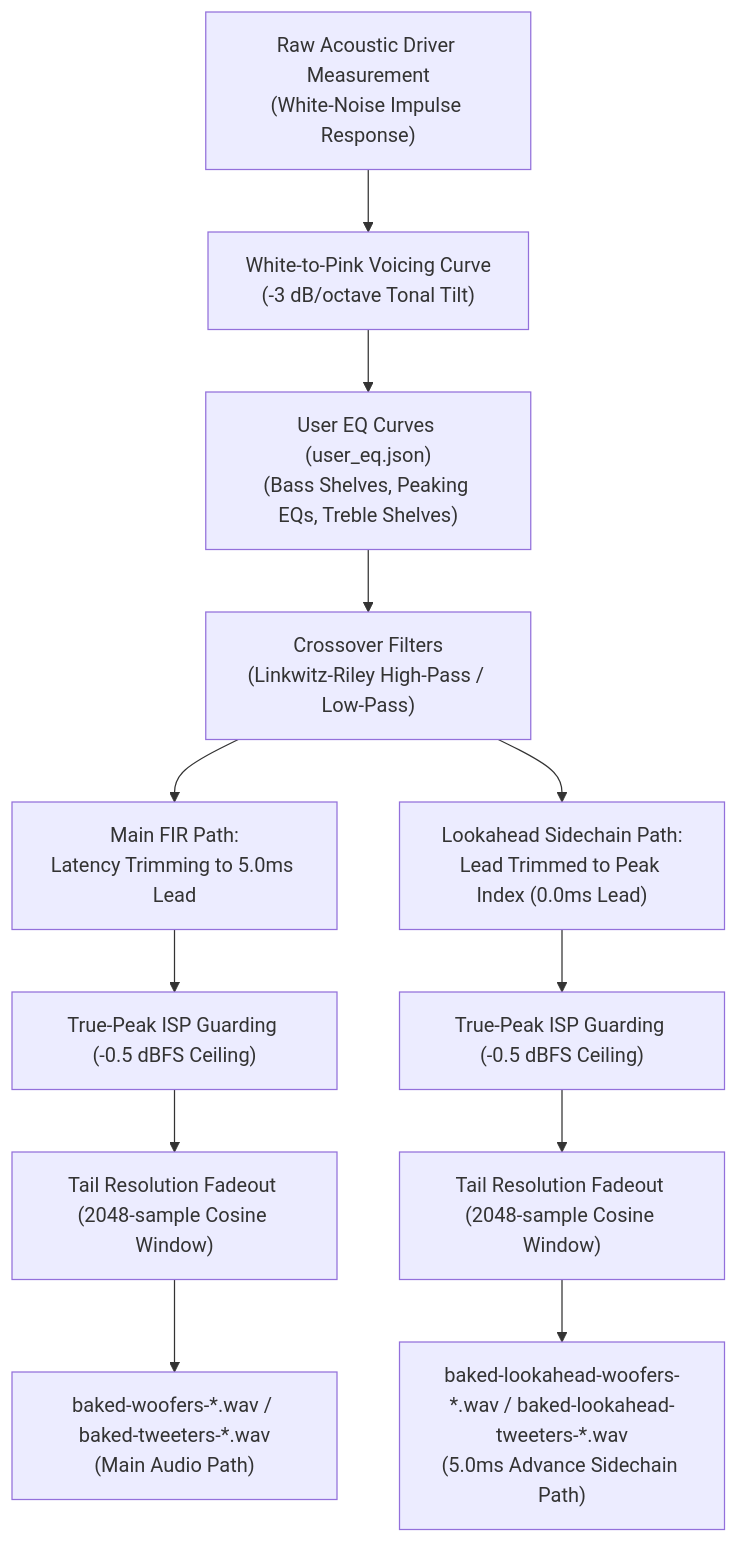
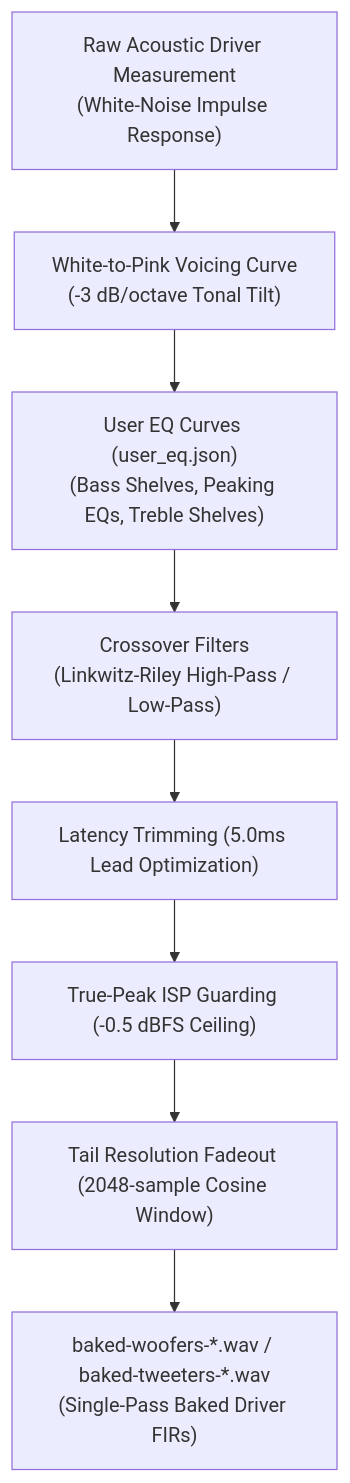
The second of 2 diagrams in ARCHITECTURE.md (mynameisdeleted/mbp15-1-audio-dsp), drawn with Mermaid before and after one commit. The commit also changed other lines of this file and 1 other file, not shown here.

Commit message:
refactor: simplify FIR baking to lean 4-channel post-convolver limiting and update ARCHITECTURE.md

````diff
--- a/ARCHITECTURE.md
+++ b/ARCHITECTURE.md
@@ -48,18 +48,10 @@
 ```mermaid
 graph TD
     A["Raw Acoustic Driver Measurement<br/>(White-Noise Impulse Response)"] --> B["White-to-Pink Voicing Curve<br/>(-3 dB/octave Tonal Tilt)"]
     B --> C["User EQ Curves (user_eq.json)<br/>(Bass Shelves, Peaking EQs, Treble Shelves)"]
     C --> D["Crossover Filters<br/>(Linkwitz-Riley High-Pass / Low-Pass)"]
-    
-    D --> E1["Main FIR Path:<br/>Latency Trimming to 5.0ms Lead"]
-    D --> E2["Lookahead Sidechain Path:<br/>Lead Trimmed to Peak Index (0.0ms Lead)"]
-
-    E1 --> F1["True-Peak ISP Guarding (-0.5 dBFS Ceiling)"]
-    E2 --> F2["True-Peak ISP Guarding (-0.5 dBFS Ceiling)"]
-
-    F1 --> G1["Tail Resolution Fadeout (2048-sample Cosine Window)"]
-    F2 --> G2["Tail Resolution Fadeout (2048-sample Cosine Window)"]
-
-    G1 --> H1["baked-woofers-*.wav / baked-tweeters-*.wav<br/>(Main Audio Path)"]
-    G2 --> H2["baked-lookahead-woofers-*.wav / baked-lookahead-tweeters-*.wav<br/>(5.0ms Advance Sidechain Path)"]
+    D --> E["Latency Trimming (5.0ms Lead Optimization)"]
+    E --> F["True-Peak ISP Guarding (-0.5 dBFS Ceiling)"]
+    F --> G["Tail Resolution Fadeout (2048-sample Cosine Window)"]
+    G --> H["baked-woofers-*.wav / baked-tweeters-*.wav<br/>(Single-Pass Baked Driver FIRs)"]
 ```
````
